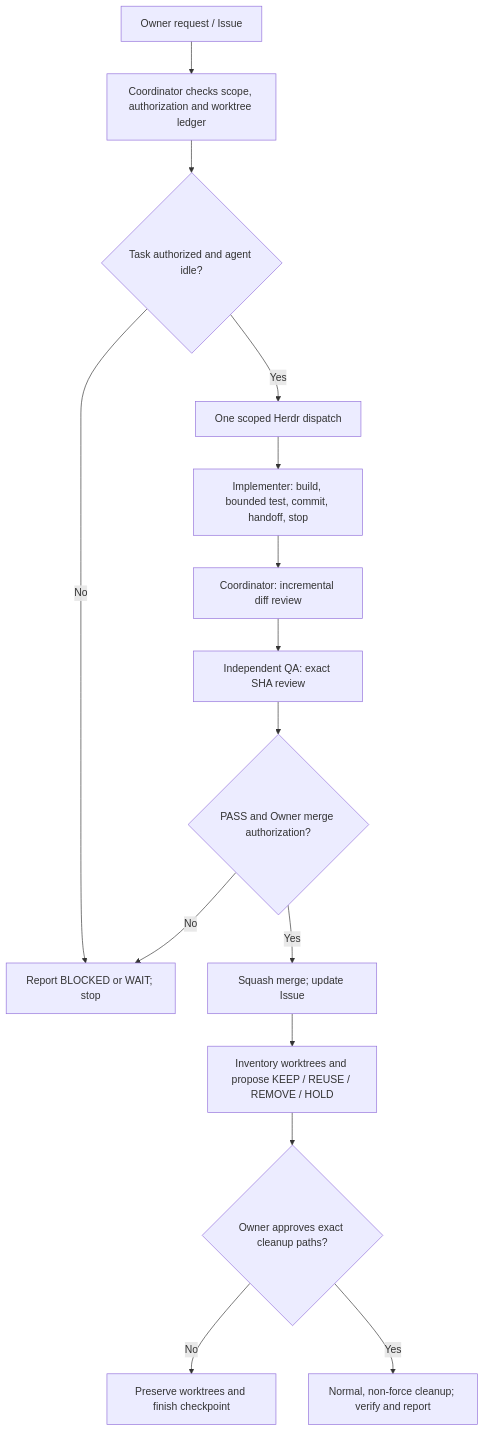
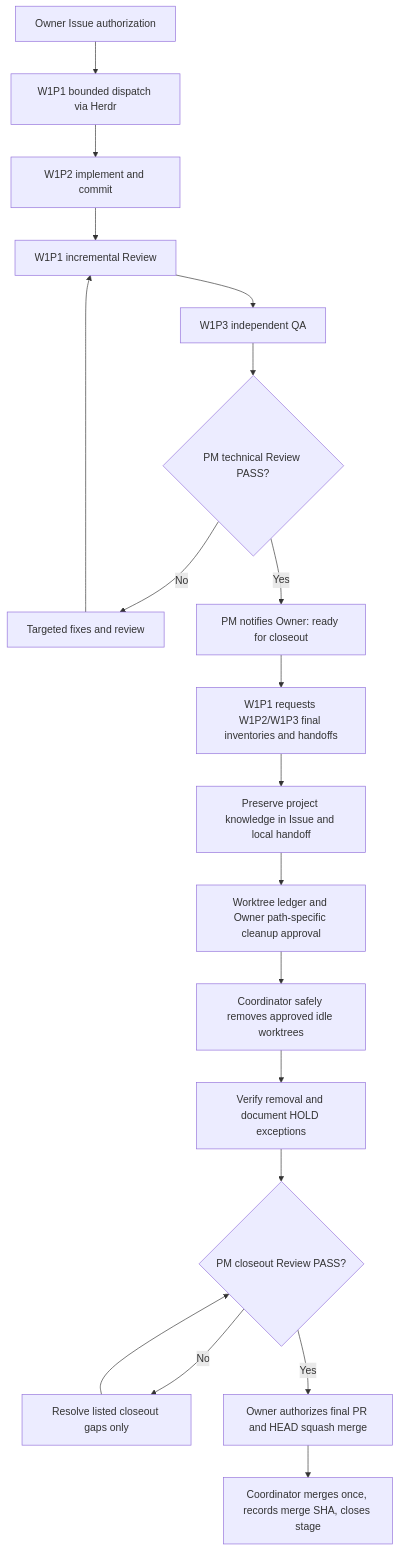
The diagram in AGENTS.md (wupojung/AIoT-HW2-Housing-Regression), drawn with Mermaid before and after one commit. The commit also changed other lines of this file, not shown here.

Commit message:
docs: require agent closeout and safe worktree cleanup before Owner merge gate

````diff
--- a/AGENTS.md
+++ b/AGENTS.md
@@ -205,17 +248,21 @@
 ```mermaid
 flowchart TD
-  A[Owner request / Issue] --> B[Coordinator checks scope, authorization and worktree ledger]
-  B --> C{Task authorized and agent idle?}
-  C -->|No| H[Report BLOCKED or WAIT; stop]
-  C -->|Yes| D[One scoped Herdr dispatch]
-  D --> E[Implementer: build, bounded test, commit, handoff, stop]
-  E --> F[Coordinator: incremental diff review]
-  F --> G[Independent QA: exact SHA review]
-  G --> I{PASS and Owner merge authorization?}
-  I -->|No| H
-  I -->|Yes| J[Squash merge; update Issue]
-  J --> K[Inventory worktrees and propose KEEP / REUSE / REMOVE / HOLD]
-  K --> L{Owner approves exact cleanup paths?}
-  L -->|No| M[Preserve worktrees and finish checkpoint]
-  L -->|Yes| N[Normal, non-force cleanup; verify and report]
+  A[Owner Issue authorization] --> B[W1P1 bounded dispatch via Herdr]
+  B --> C[W1P2 implement and commit]
+  C --> D[W1P1 incremental Review]
+  D --> E[W1P3 independent QA]
+  E --> F{PM technical Review PASS?}
+  F -->|No| R[Targeted fixes and review]
+  R --> D
+  F -->|Yes| G[PM notifies Owner: ready for closeout]
+  G --> H[W1P1 requests W1P2/W1P3 final inventories and handoffs]
+  H --> I[Preserve project knowledge in Issue and local handoff]
+  I --> J[Worktree ledger and Owner path-specific cleanup approval]
+  J --> K[Coordinator safely removes approved idle worktrees]
+  K --> L[Verify removal and document HOLD exceptions]
+  L --> M{PM closeout Review PASS?}
+  M -->|No| N[Resolve listed closeout gaps only]
+  N --> M
+  M -->|Yes| O[Owner authorizes final PR and HEAD squash merge]
+  O --> P[Coordinator merges once, records merge SHA, closes stage]
 ```
````
